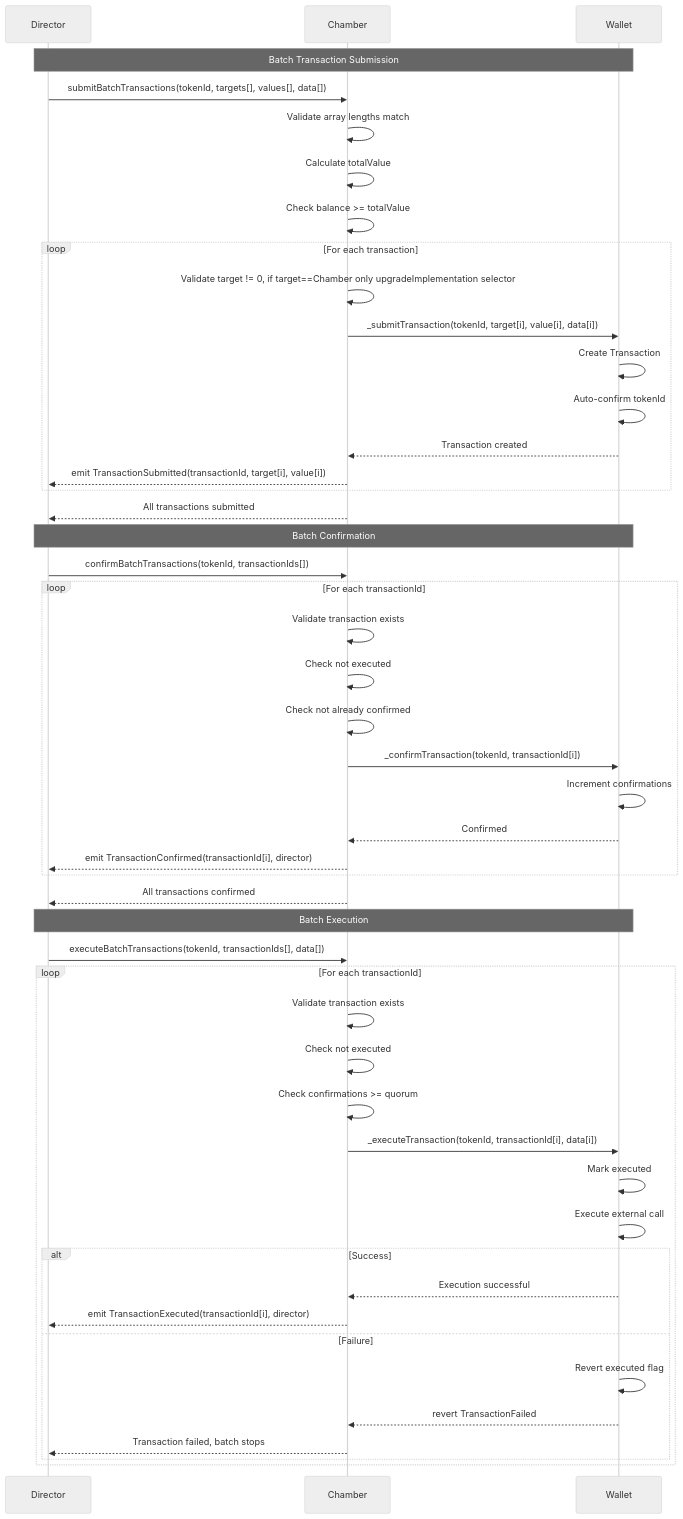
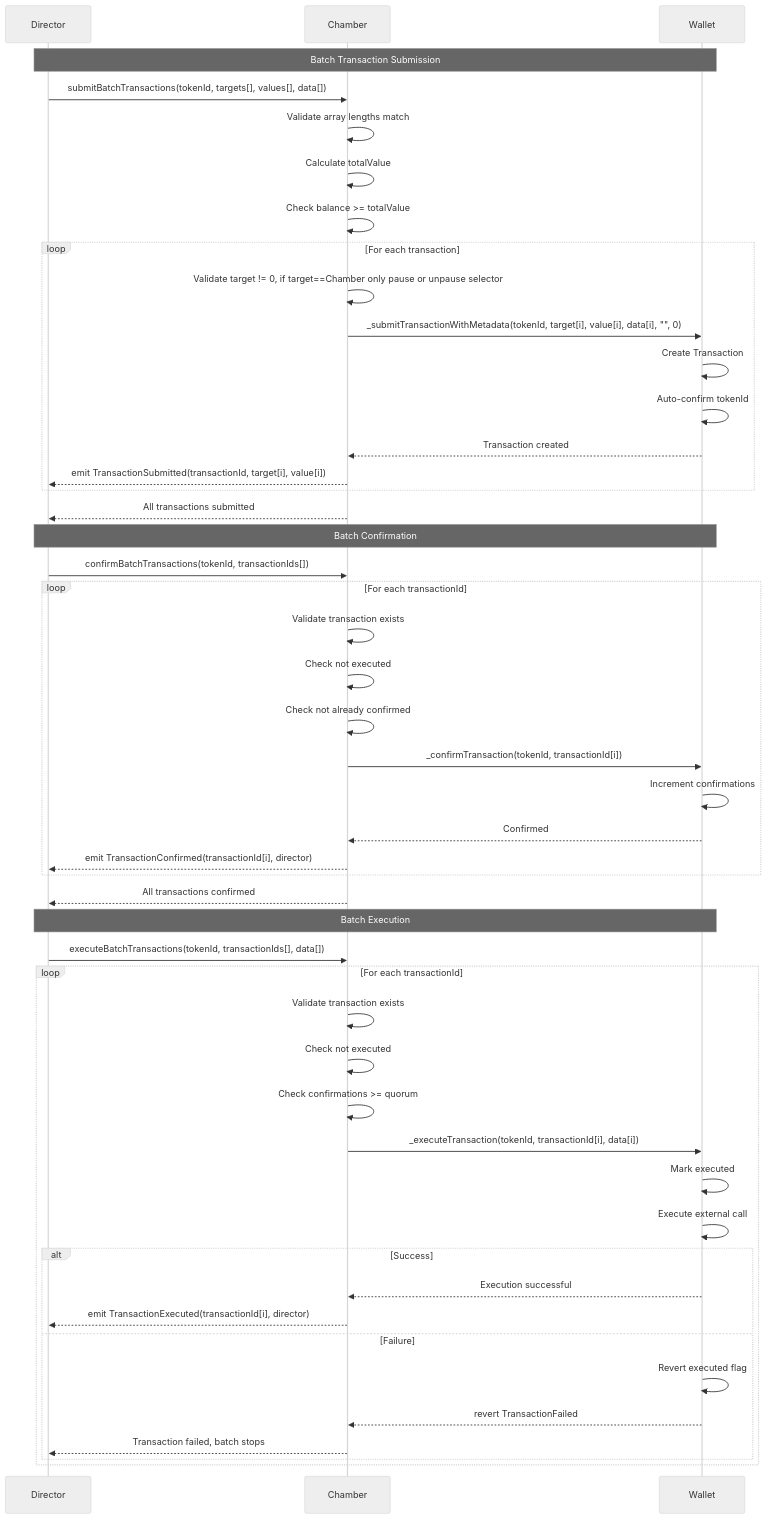
Before and after one commit to loreum-org/chamber: the tenth of 11 diagrams in app/src/docs/reference/sequence-diagrams.md, drawn with Mermaid (neutral theme). The commit also changed other lines of this file and 145 other files, not shown here.

First line of the commit message:
Chamber 1.3.0: cut session keys, extra submit functions and migration code (#400)

````diff
--- a/app/src/docs/reference/sequence-diagrams.md
+++ b/app/src/docs/reference/sequence-diagrams.md
@@ -569,64 +569,64 @@
 ```mermaid
 sequenceDiagram
     participant Director
     participant Chamber
     participant Wallet
 
     Note over Director,Wallet: Batch Transaction Submission
 
     Director->>Chamber: submitBatchTransactions(tokenId, targets[], values[], data[])
     
     Chamber->>Chamber: Validate array lengths match
     Chamber->>Chamber: Calculate totalValue
     Chamber->>Chamber: Check balance >= totalValue
     
     loop For each transaction
-        Chamber->>Chamber: Validate target != 0, if target==Chamber only upgradeImplementation selector
-        Chamber->>Wallet: _submitTransaction(tokenId, target[i], value[i], data[i])
+        Chamber->>Chamber: Validate target != 0, if target==Chamber only pause or unpause selector
+        Chamber->>Wallet: _submitTransactionWithMetadata(tokenId, target[i], value[i], data[i], "", 0)
         Wallet->>Wallet: Create Transaction
         Wallet->>Wallet: Auto-confirm tokenId
         Wallet-->>Chamber: Transaction created
         Chamber-->>Director: emit TransactionSubmitted(transactionId, target[i], value[i])
     end
     
     Chamber-->>Director: All transactions submitted
 
     Note over Director,Wallet: Batch Confirmation
 
     Director->>Chamber: confirmBatchTransactions(tokenId, transactionIds[])
     
     loop For each transactionId
         Chamber->>Chamber: Validate transaction exists
         Chamber->>Chamber: Check not executed
         Chamber->>Chamber: Check not already confirmed
         Chamber->>Wallet: _confirmTransaction(tokenId, transactionId[i])
         Wallet->>Wallet: Increment confirmations
         Wallet-->>Chamber: Confirmed
         Chamber-->>Director: emit TransactionConfirmed(transactionId[i], director)
     end
     
     Chamber-->>Director: All transactions confirmed
 
     Note over Director,Wallet: Batch Execution
 
     Director->>Chamber: executeBatchTransactions(tokenId, transactionIds[], data[])
 
     loop For each transactionId
         Chamber->>Chamber: Validate transaction exists
         Chamber->>Chamber: Check not executed
         Chamber->>Chamber: Check confirmations >= quorum
 
         Chamber->>Wallet: _executeTransaction(tokenId, transactionId[i], data[i])
         Wallet->>Wallet: Mark executed
         Wallet->>Wallet: Execute external call
         
         alt Success
             Wallet-->>Chamber: Execution successful
             Chamber-->>Director: emit TransactionExecuted(transactionId[i], director)
         else Failure
             Wallet->>Wallet: Revert executed flag
             Wallet-->>Chamber: revert TransactionFailed
             Chamber-->>Director: Transaction failed, batch stops
         end
     end
 ```
````
